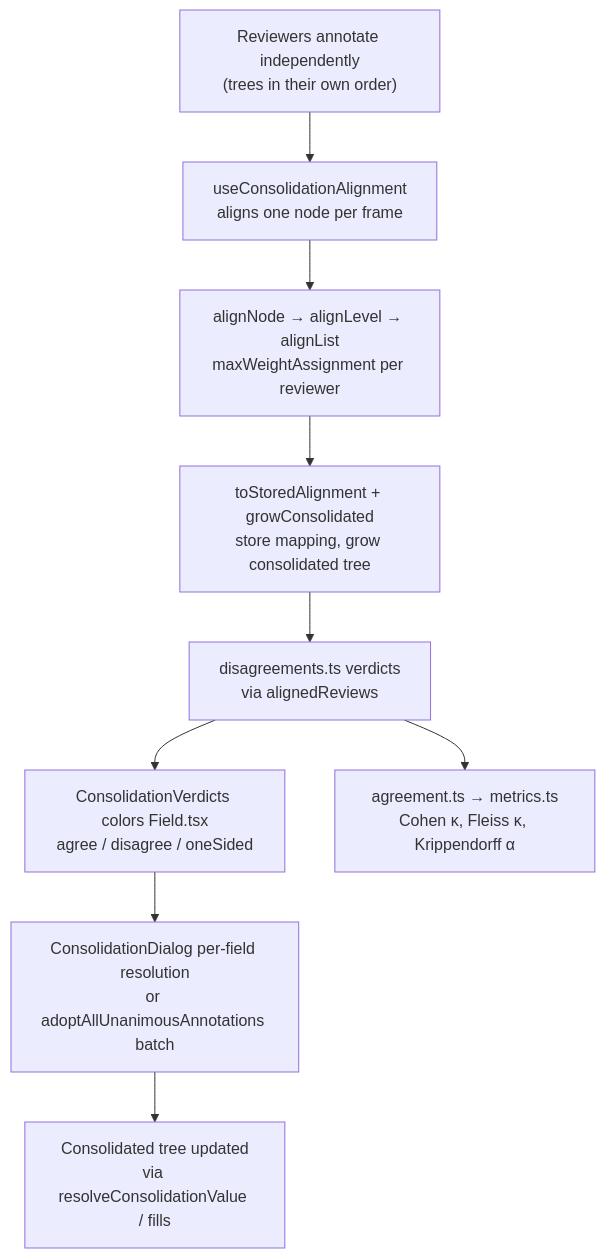
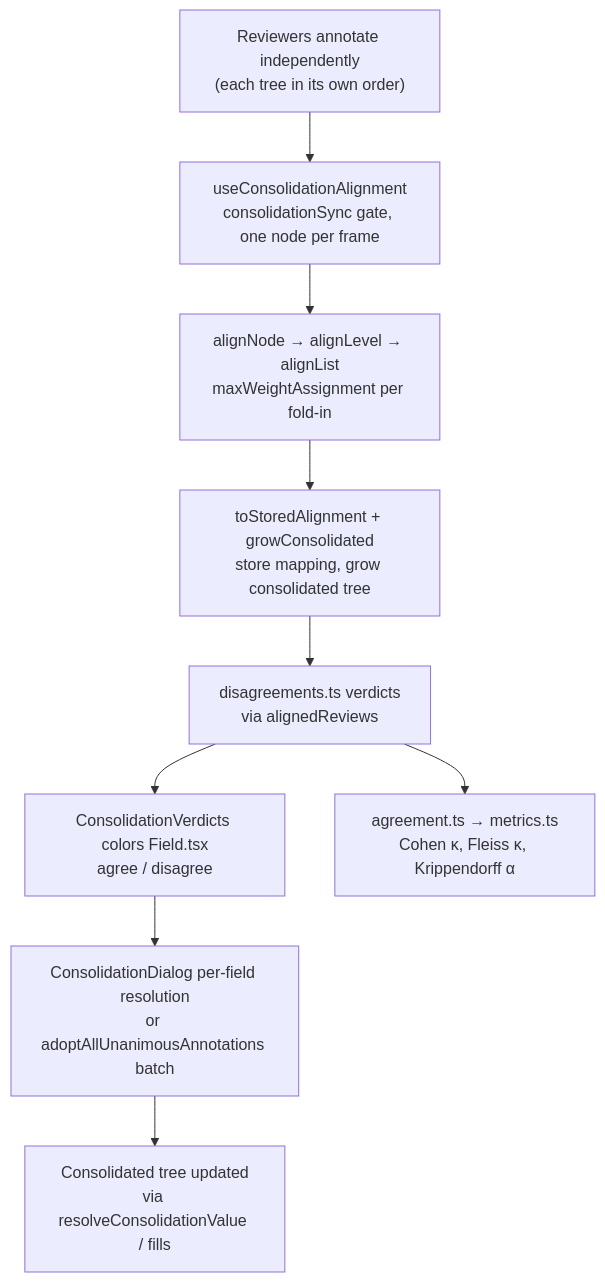
One commit to Gram21/SaiLoR changed the first of 2 diagrams in openwiki/workflows/consolidation.md. Above: the diagram before and after it, drawn with Mermaid. The commit also changed other lines of this file and 33 other files, not shown here.

````diff
--- a/openwiki/workflows/consolidation.md
+++ b/openwiki/workflows/consolidation.md
@@ -73,11 +73,11 @@
 ```mermaid
 flowchart TD
-  A["Reviewers annotate independently\n(trees in their own order)"] --> B["useConsolidationAlignment\naligns one node per frame"]
-  B --> C["alignNode → alignLevel → alignList\nmaxWeightAssignment per reviewer"]
+  A["Reviewers annotate independently\n(each tree in its own order)"] --> B["useConsolidationAlignment\nconsolidationSync gate, one node per frame"]
+  B --> C["alignNode → alignLevel → alignList\nmaxWeightAssignment per fold-in"]
   C --> D["toStoredAlignment + growConsolidated\nstore mapping, grow consolidated tree"]
   D --> E["disagreements.ts verdicts\nvia alignedReviews"]
-  E --> F["ConsolidationVerdicts colors Field.tsx\nagree / disagree / oneSided"]
+  E --> F["ConsolidationVerdicts colors Field.tsx\nagree / disagree"]
   F --> G["ConsolidationDialog per-field resolution\nor adoptAllUnanimousAnnotations batch"]
   G --> H["Consolidated tree updated\nvia resolveConsolidationValue / fills"]
   E --> I["agreement.ts → metrics.ts\nCohen κ, Fleiss κ, Krippendorff α"]
 ```
````
